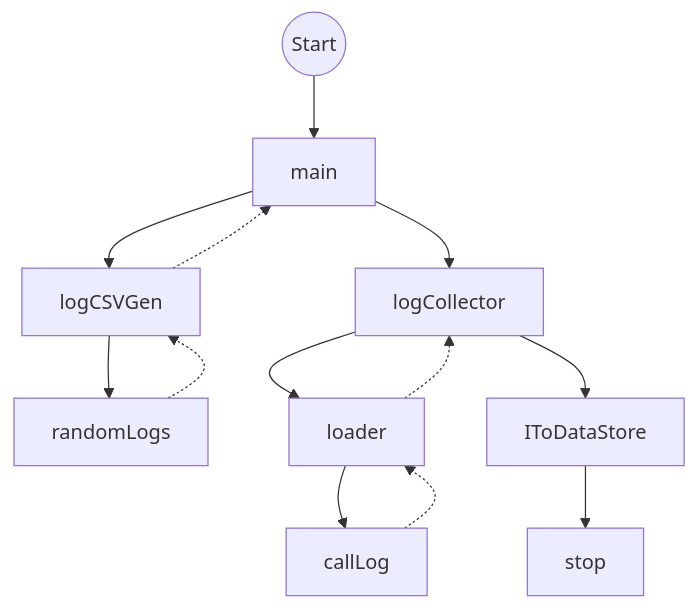
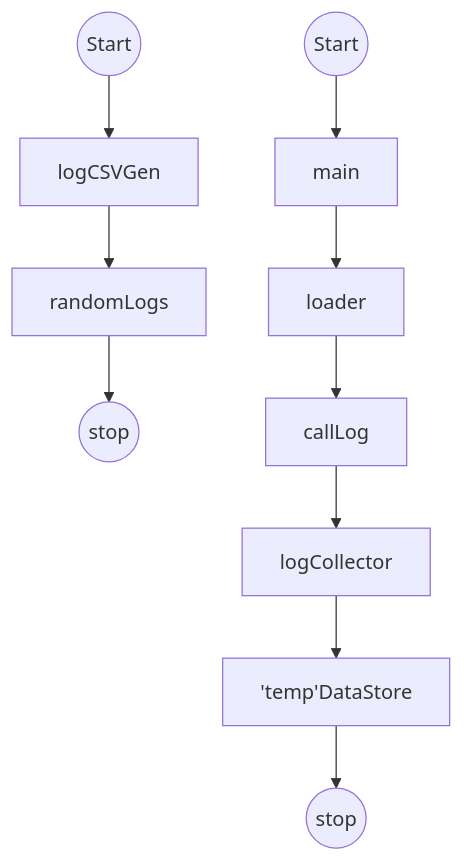
Before and after one commit to Davide-OttoneCasagrande/Call-Log-Handler: the first of 5 diagrams in docs/drs.md, drawn with Mermaid. The commit also changed other lines of this file and 5 other files, not shown here.

```diff
--- a/docs/drs.md
+++ b/docs/drs.md
@@ -125,24 +126,24 @@
    ::: mermaid
 
 flowchart TD
-    id0[main]
-    id1[logCSVGen]
-    id2[randomLogs]
-    id3[logCollector]
-    id4[loader]
-    id5[callLog]
-    id6[IToDataStore]
 
-    A@{ shape: circle, label: "Start" } --> id0
-    id0 --> id1
-    id1--> id2
-    id2 -.-> id1
-    id1 -.-> id0
-    id0 --> id3
-    id3 --> id4
-    id4 --> id5
-    id5 -.-> id4
-    id4 -.-> id3
-    id3 --> id6
-    id6 --> stop
+    B0[logCSVGen]
+    B1[randomLogs]
+
+    A@{ shape: circle, label: "Start" } --> A0
+    B@{ shape: circle, label: "Start" } --> B0
+    B0 --> B1
+    B1-->  Bs@{ shape: circle, label: "stop" } 
+
+    A0[main]
+    A1[loader]
+    A2[logCollector]
+    A3[callLog]
+    A4['temp'DataStore]
+
+    A0 --> A1
+    A1 --> A3
+    A2 --> A4
+    A3 --> A2
+    A4 --> As@{ shape: circle, label: "stop" } 
 :::
```
